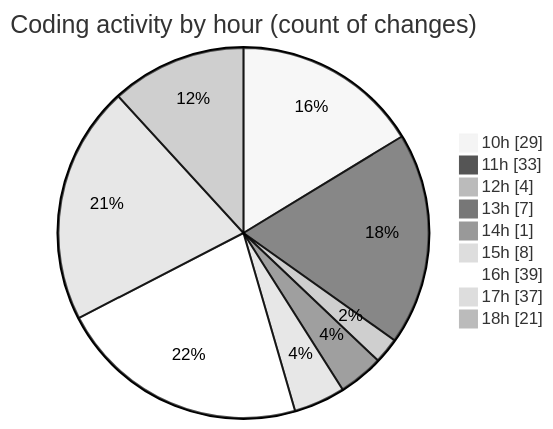
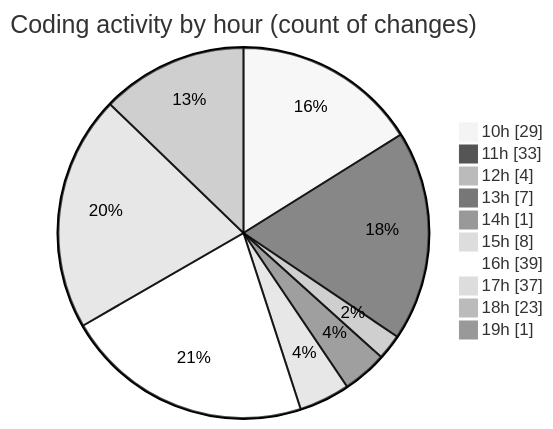
Before and after one commit to momahboobian/code-tracking: the second of 2 diagrams in 2025-06-05/cda/README.md, drawn with Mermaid (neutral theme). The commit also changed other lines of this file and 1 other file, not shown here.

````diff
--- a/2025-06-05/cda/README.md
+++ b/2025-06-05/cda/README.md
@@ -70,13 +71,14 @@
 ```mermaid
 pie showData
 title Coding activity by hour (count of changes)
 "10h" : 29
 "11h" : 33
 "12h" : 4
 "13h" : 7
 "14h" : 1
 "15h" : 8
 "16h" : 39
 "17h" : 37
-"18h" : 21
+"18h" : 23
+"19h" : 1
 ```
````
